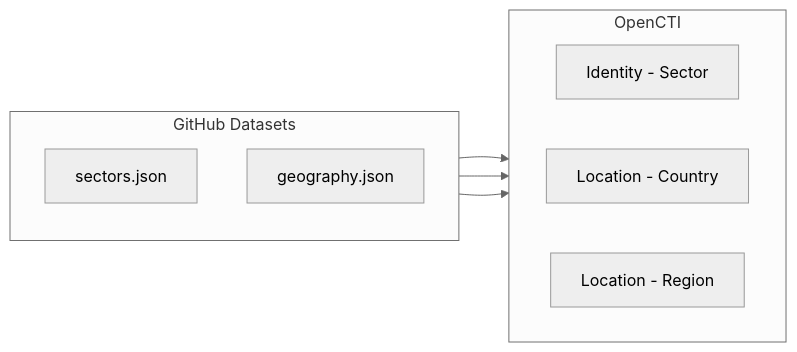
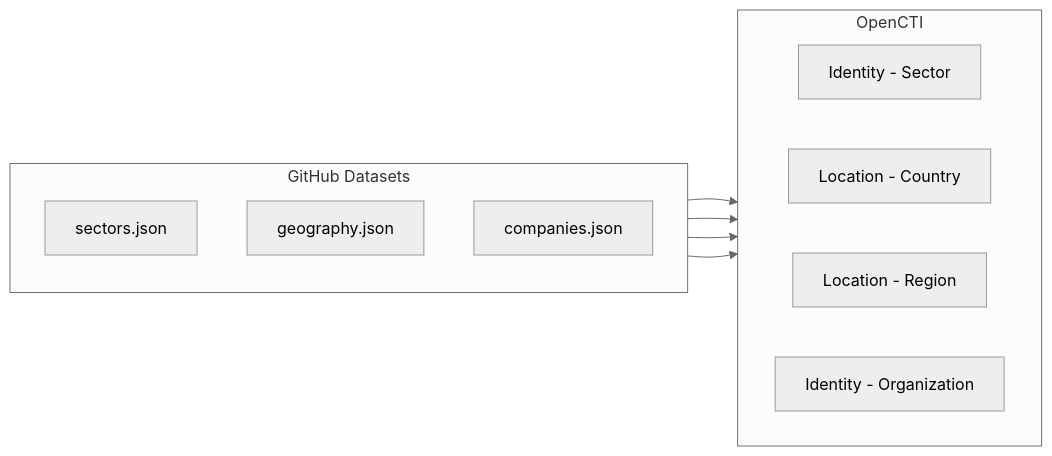
Before and after one commit to OpenCTI-Platform/connectors: the diagram in external-import/opencti/README.md, drawn with Mermaid (neutral theme). The commit also changed other lines of this file and 5 other files, not shown here.

````diff
--- a/external-import/opencti/README.md
+++ b/external-import/opencti/README.md
@@ -141,19 +144,22 @@
 ```mermaid
 graph LR
     subgraph GitHub Datasets
         direction TB
         Sectors[sectors.json]
         Geography[geography.json]
+        Companies[companies.json]
     end
 
     subgraph OpenCTI
         direction LR
         SectorIdentity[Identity - Sector]
         Country[Location - Country]
         Region[Location - Region]
+        CompanyIdentity[Identity - Organization]
     end
 
     Sectors --> SectorIdentity
     Geography --> Country
     Geography --> Region
+    Companies --> CompanyIdentity
 ```
````
